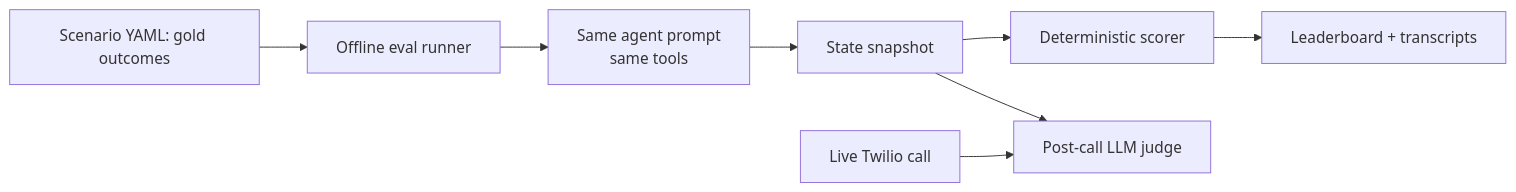
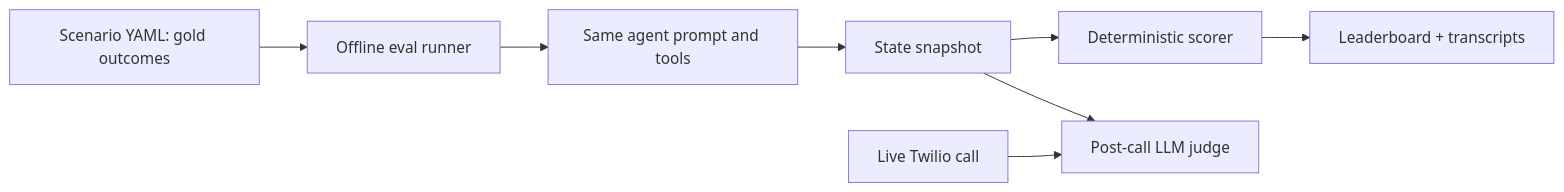
One commit to bronteee/rental-voice-agent changed the fourth of 4 diagrams in DESIGN.md. Above: the diagram before and after it, drawn with Mermaid. The commit also changed other lines of this file, not shown here.

Commit message:
Add user flow

````diff
--- a/DESIGN.md
+++ b/DESIGN.md
@@ -74,11 +82,11 @@
 ```mermaid
 flowchart LR
     Scenarios[Scenario YAML: gold outcomes] --> Runner[Offline eval runner]
-    Runner --> Agent[Same agent prompt<br/>same tools]
+    Runner --> Agent[Same agent prompt and tools]
     Agent --> Snapshot[State snapshot]
     Snapshot --> Score[Deterministic scorer]
     Score --> Board[Leaderboard + transcripts]
 
     Live[Live Twilio call] --> Judge[Post-call LLM judge]
     Snapshot --> Judge
 ```
````
